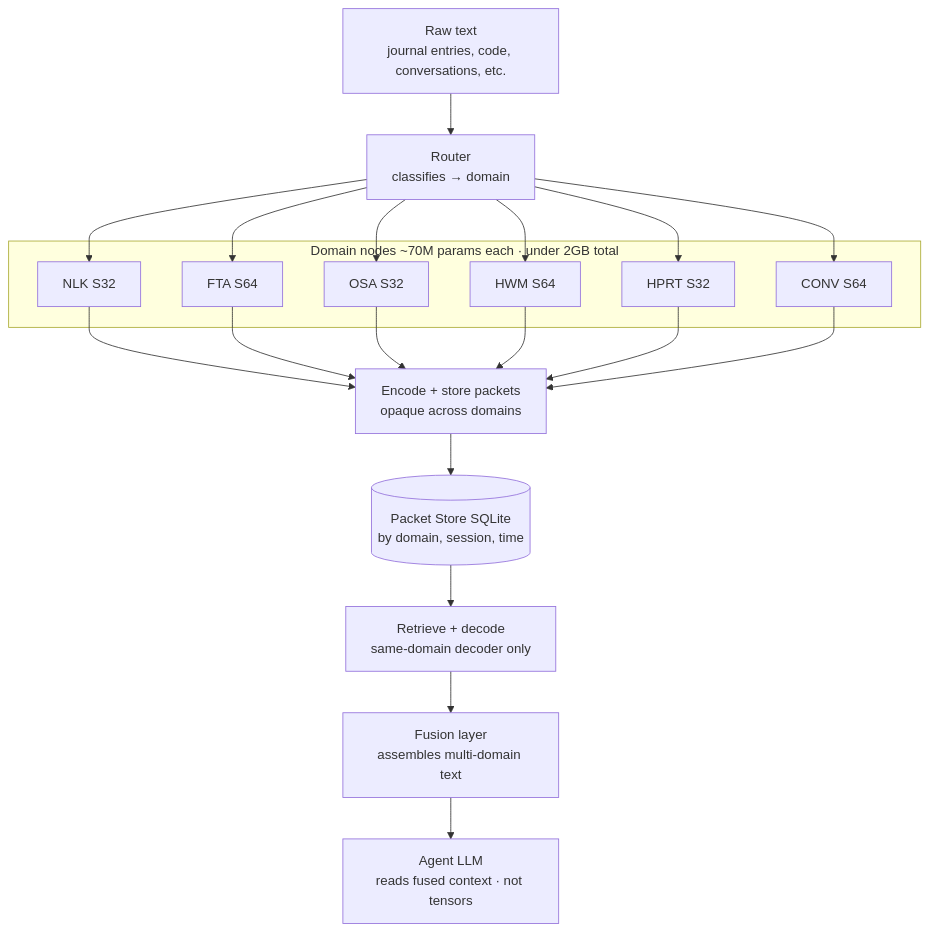
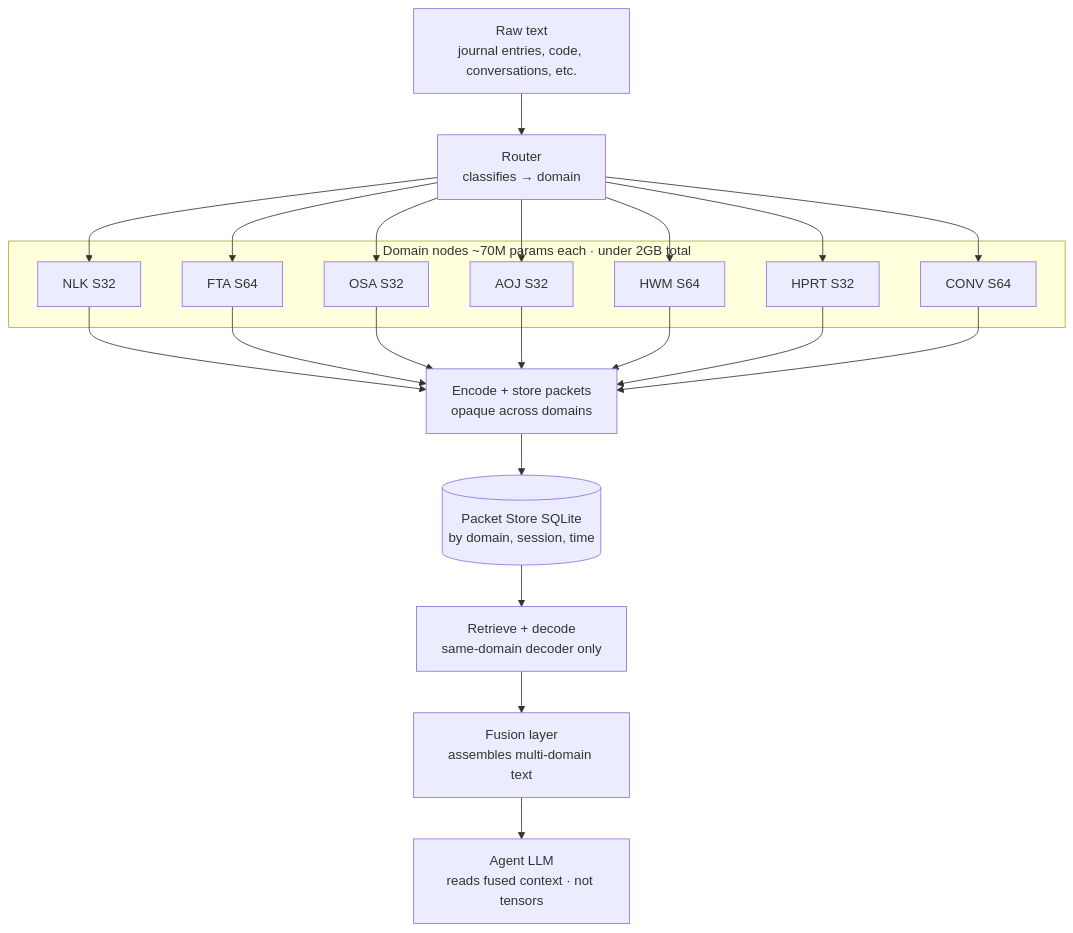
Before and after one commit to fabiocti/ndn-blueprint: the diagram in diagrams/diagram_01_system_overview.md, drawn with Mermaid. The commit also changed other lines of this file and 36 other files, not shown here.

````diff
--- a/diagrams/diagram_01_system_overview.md
+++ b/diagrams/diagram_01_system_overview.md
@@ -11,40 +11,43 @@
 ```mermaid
 graph TB
     RT[Raw text<br/>journal entries, code, conversations, etc.]
     R[Router<br/>classifies → domain]
 
     subgraph DN["Domain nodes ~70M params each · under 2GB total"]
         NLK["NLK S32"]
         FTA["FTA S64"]
         OSA["OSA S32"]
+        AOJ["AOJ S32"]
         HWM["HWM S64"]
         HPRT["HPRT S32"]
         CONV["CONV S64"]
     end
 
     ENC[Encode + store packets<br/>opaque across domains]
     PS[("Packet Store SQLite<br/>by domain, session, time")]
     RET[Retrieve + decode<br/>same-domain decoder only]
     FUS[Fusion layer<br/>assembles multi-domain text]
     LLM[Agent LLM<br/>reads fused context · not tensors]
 
     RT --> R
     R --> NLK
     R --> FTA
     R --> OSA
+    R --> AOJ
     R --> HWM
     R --> HPRT
     R --> CONV
 
     NLK --> ENC
     FTA --> ENC
     OSA --> ENC
+    AOJ --> ENC
     HWM --> ENC
     HPRT --> ENC
     CONV --> ENC
 
     ENC --> PS
     PS --> RET
     RET --> FUS
     FUS --> LLM
 ```
````
